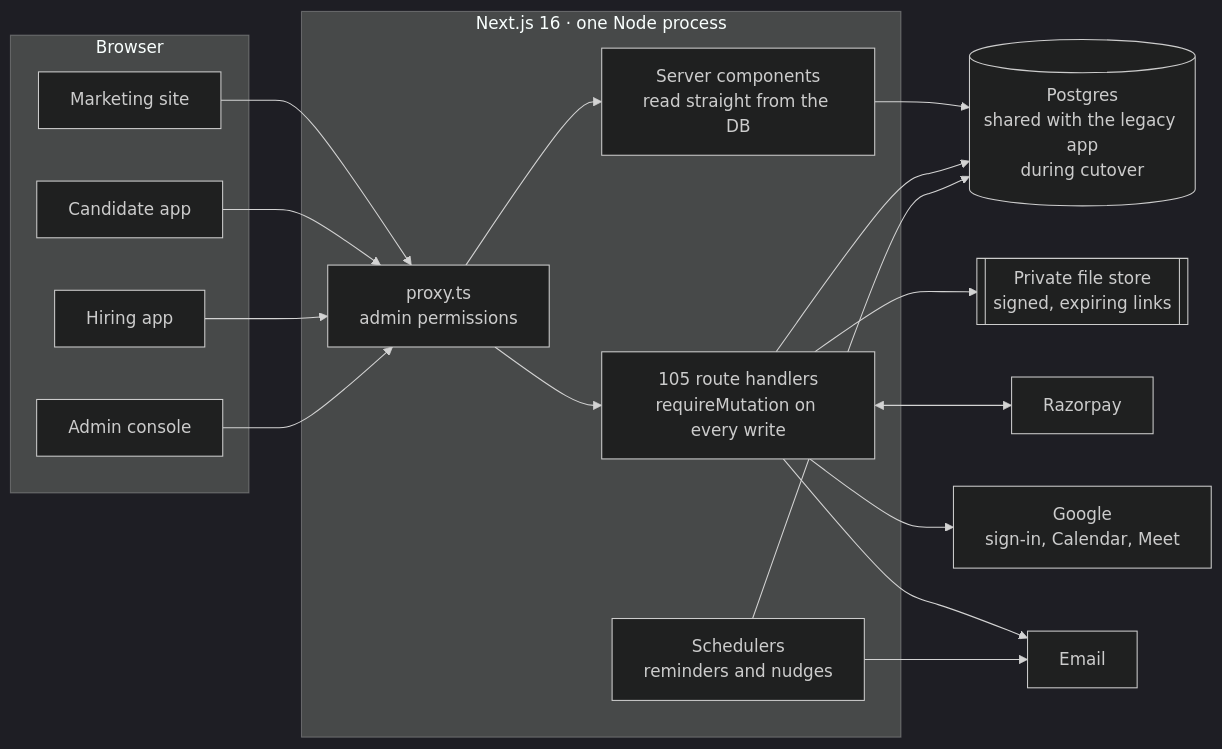
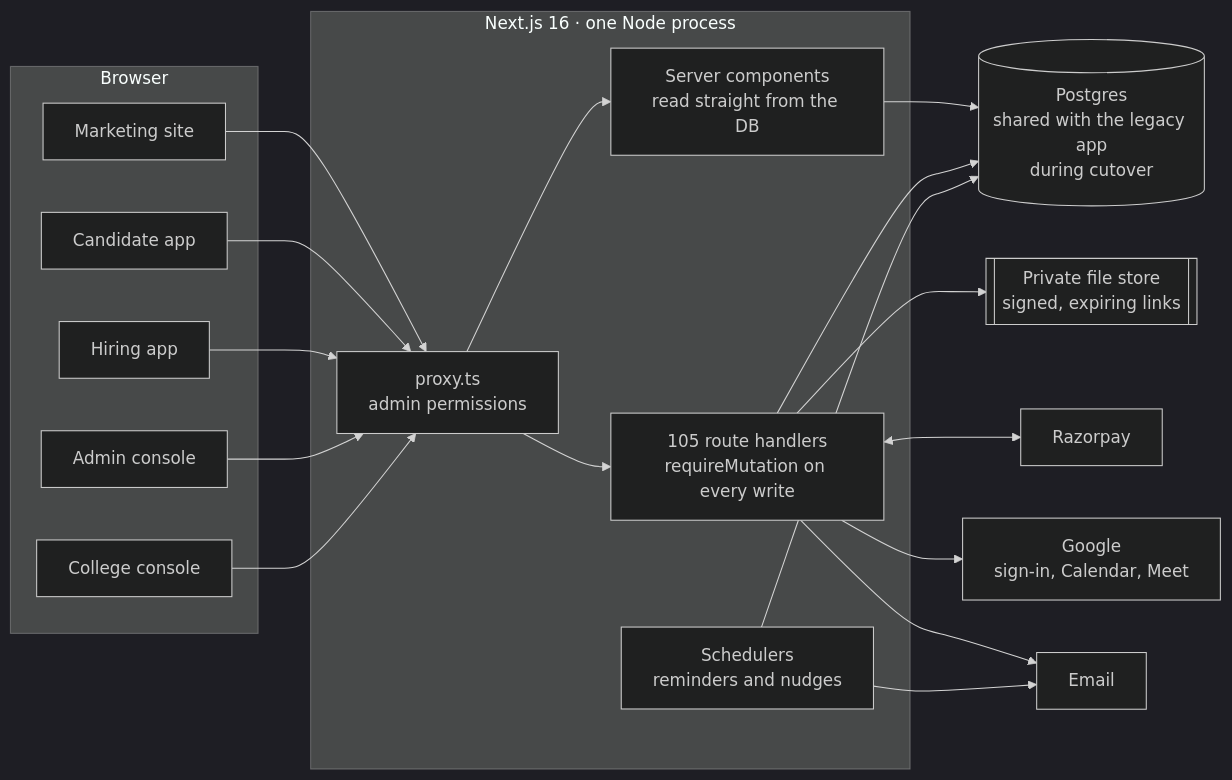
One commit to WynautBhav/nextjs-findtern changed the second of 3 diagrams in README.md. Above: the diagram before and after it, drawn with Mermaid (dark theme). The commit also changed other lines of this file, not shown here.

````diff
--- a/README.md
+++ b/README.md
@@ -115,26 +122,27 @@
 ```mermaid
 flowchart LR
     subgraph Browser
         M[Marketing site]
         I[Candidate app]
         EM[Hiring app]
         A[Admin console]
+        C[College console]
     end
 
     subgraph Next["Next.js 16 · one Node process"]
         P[proxy.ts<br/>admin permissions]
         RSC[Server components<br/>read straight from the DB]
         API[105 route handlers<br/>requireMutation on every write]
         J[Schedulers<br/>reminders and nudges]
     end
 
     DB[(Postgres<br/>shared with the legacy app<br/>during cutover)]
     FS[[Private file store<br/>signed, expiring links]]
 
-    M & I & EM & A --> P --> RSC & API
+    M & I & EM & A & C --> P --> RSC & API
     RSC & API & J --> DB
     API --> FS
     API <--> RZ[Razorpay]
     API --> G[Google<br/>sign-in, Calendar, Meet]
     API & J --> SMTP[Email]
 ```
````
